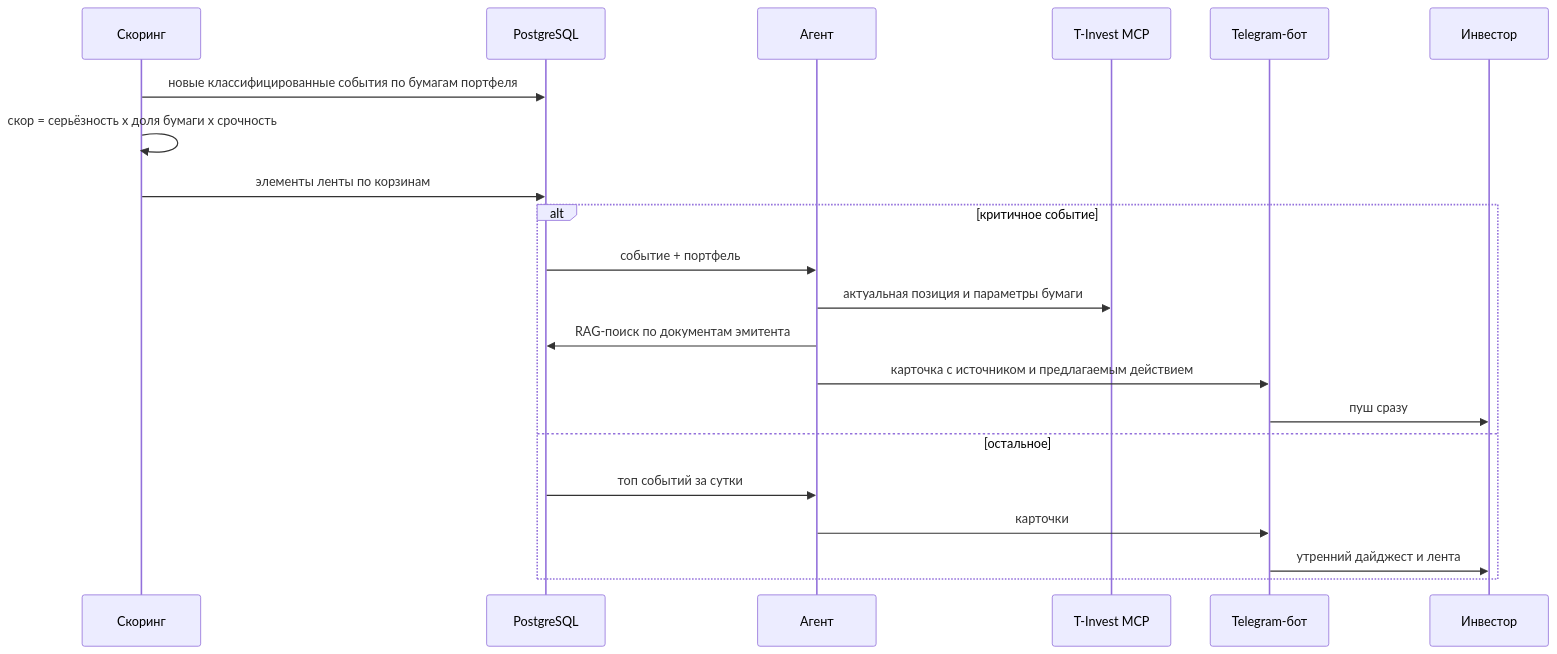
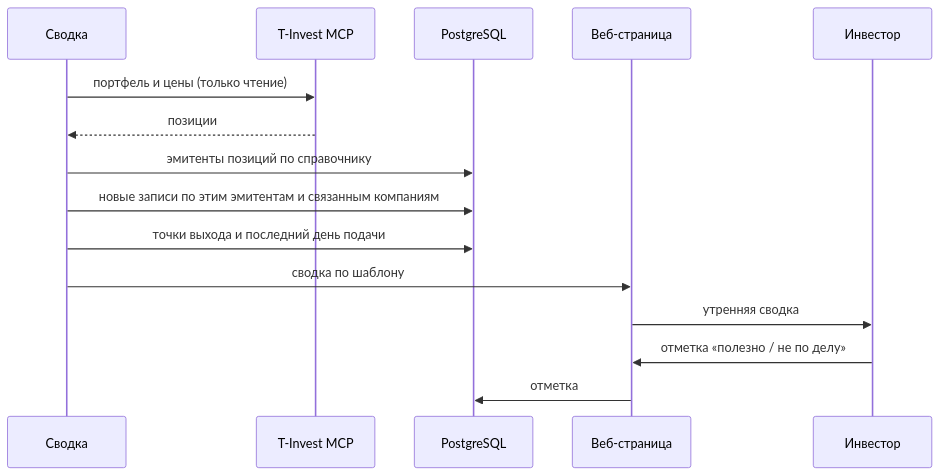
One commit to mawarzd/portfolio-event-radar changed the third of 3 diagrams in docs/architecture.md. Above: the diagram before and after it, drawn with Mermaid. The commit also changed other lines of this file and 5 other files, not shown here.

````diff
--- a/docs/architecture.md
+++ b/docs/architecture.md
@@ -105,24 +93,18 @@
 ```mermaid
 sequenceDiagram
-    participant S as Скоринг
+    participant S as Сводка
+    participant M as T-Invest MCP
     participant DB as PostgreSQL
-    participant A as Агент
-    participant M as T-Invest MCP
-    participant B as Telegram-бот
+    participant W as Веб-страница
     participant U as Инвестор
 
-    S->>DB: новые классифицированные события по бумагам портфеля
-    S->>S: скор = серьёзность x доля бумаги x срочность
-    S->>DB: элементы ленты по корзинам
-    alt критичное событие
-        DB->>A: событие + портфель
-        A->>M: актуальная позиция и параметры бумаги
-        A->>DB: RAG-поиск по документам эмитента
-        A->>B: карточка с источником и предлагаемым действием
-        B->>U: пуш сразу
-    else остальное
-        DB->>A: топ событий за сутки
-        A->>B: карточки
-        B->>U: утренний дайджест и лента
-    end
+    S->>M: портфель и цены (только чтение)
+    M-->>S: позиции
+    S->>DB: эмитенты позиций по справочнику
+    S->>DB: новые записи по этим эмитентам и связанным компаниям
+    S->>DB: точки выхода и последний день подачи
+    S->>W: сводка по шаблону
+    W->>U: утренняя сводка
+    U->>W: отметка «полезно / не по делу»
+    W->>DB: отметка
 ```
````
